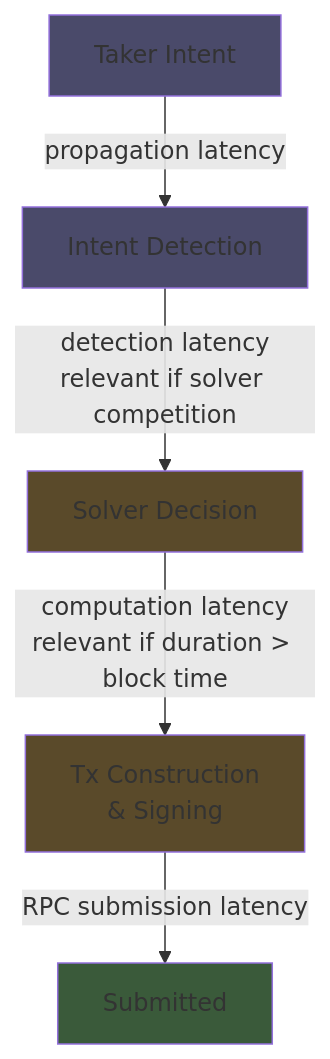
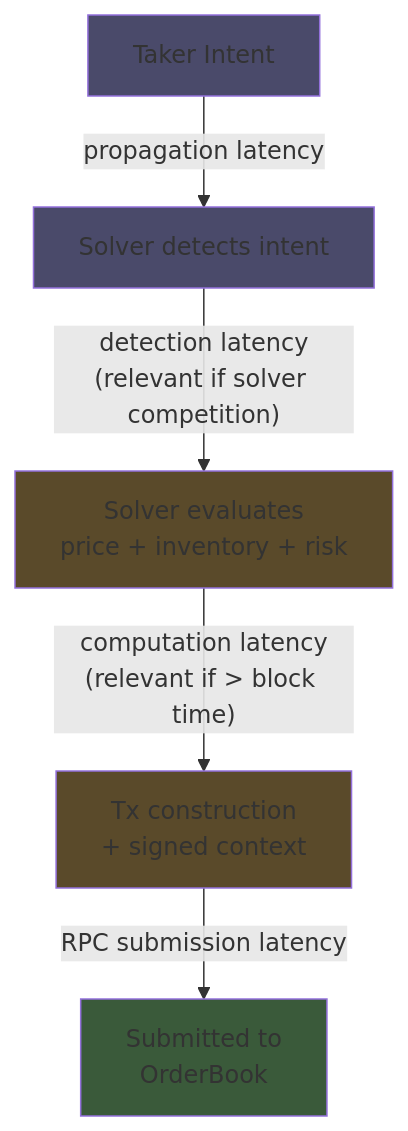
Before and after one commit to ST0x-Technology/st0x.liquidity: the fifth of 9 diagrams in TRUTH.md, drawn with Mermaid. The commit also changed other lines of this file, not shown here.

````diff
--- a/TRUTH.md
+++ b/TRUTH.md
@@ -159,13 +166,13 @@
 ```mermaid
 graph TD
-    TI[Taker Intent] -->|propagation latency| ID[Intent Detection]
-    ID -->|detection latency<br/>relevant if solver competition| SD[Solver Decision]
-    SD -->|computation latency<br/>relevant if duration > block time| TC[Tx Construction<br/>& Signing]
-    TC -->|RPC submission latency| SUB[Submitted]
+    TI[Taker Intent] -->|propagation latency| ID["Solver detects intent"]
+    ID -->|"detection latency<br/>(relevant if solver competition)"| SD["Solver evaluates<br/>price + inventory + risk"]
+    SD -->|"computation latency<br/>(relevant if > block time)"| TC["Tx construction<br/>+ signed context"]
+    TC -->|RPC submission latency| SUB["Submitted to<br/>OrderBook"]
 
     style TI fill:#4a4a6a
     style ID fill:#4a4a6a
     style SD fill:#5a4a2a
     style TC fill:#5a4a2a
     style SUB fill:#3a5a3a
 ```
````
